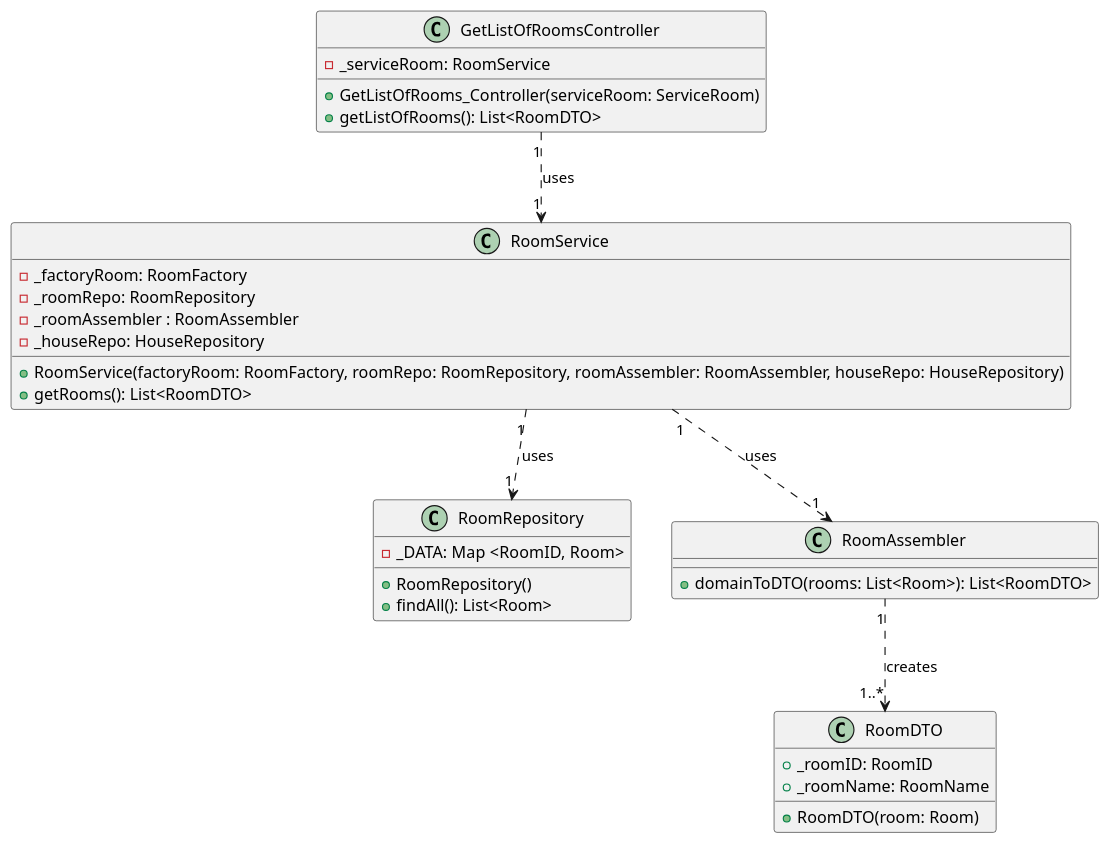
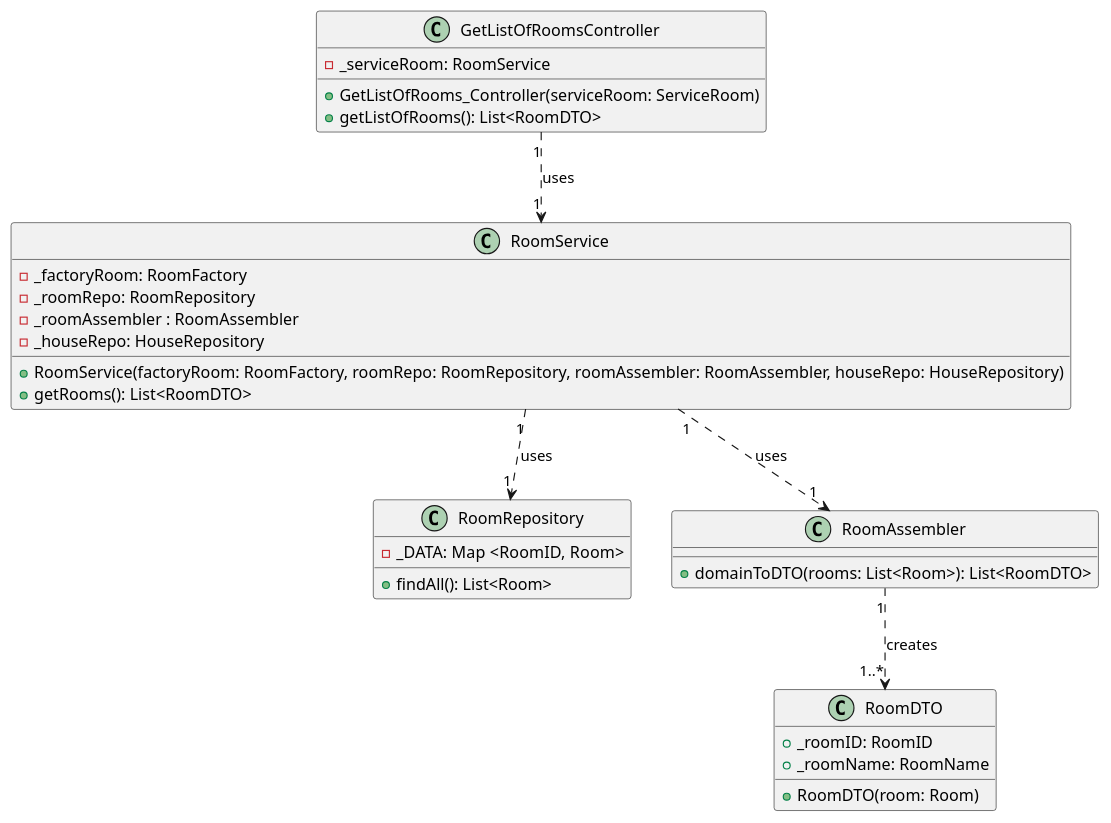
The diagram in docs/userStories/us03/artifacts/US03CD.puml (olivDiogo/SmartHome), drawn with PlantUML before and after one commit. The commit also changed 1 other file, not shown here.

```diff
--- a/docs/userStories/us03/artifacts/US03CD.puml
+++ b/docs/userStories/us03/artifacts/US03CD.puml
@@ -1,50 +1,49 @@
 @startuml
 'https://plantuml.com/class-diagram
 
 class GetListOfRoomsController{
 'Attributes'
 - _serviceRoom: RoomService
 'Methods'
 +GetListOfRooms_Controller(serviceRoom: ServiceRoom)
 +getListOfRooms(): List<RoomDTO>
 }
 
 class RoomService{
 'Attributes'
 - _factoryRoom: RoomFactory
 - _roomRepo: RoomRepository
 - _roomAssembler : RoomAssembler
 - _houseRepo: HouseRepository
 'Methods'
 +RoomService(factoryRoom: RoomFactory, roomRepo: RoomRepository, roomAssembler: RoomAssembler, houseRepo: HouseRepository)
 +getRooms(): List<RoomDTO>
 }
 
 
 class RoomRepository{
 'Attributes'
 - _DATA: Map <RoomID, Room>
 'Methods'
-+RoomRepository()
 +findAll(): List<Room>
 }
 
 class RoomAssembler{
 'Methods'
 +domainToDTO(rooms: List<Room>): List<RoomDTO>
 }
 
 class RoomDTO{
 'Attributes'
 +_roomID: RoomID
 +_roomName: RoomName
 'Methods'
 +RoomDTO(room: Room)
 }
 
 GetListOfRoomsController "1" ..> "1" RoomService: uses
 RoomService "1" ..> "1" RoomRepository: uses
 RoomService "1" ..> "1" RoomAssembler: uses
 RoomAssembler "1" ..> "1..*" RoomDTO: creates
 
 @enduml
```
